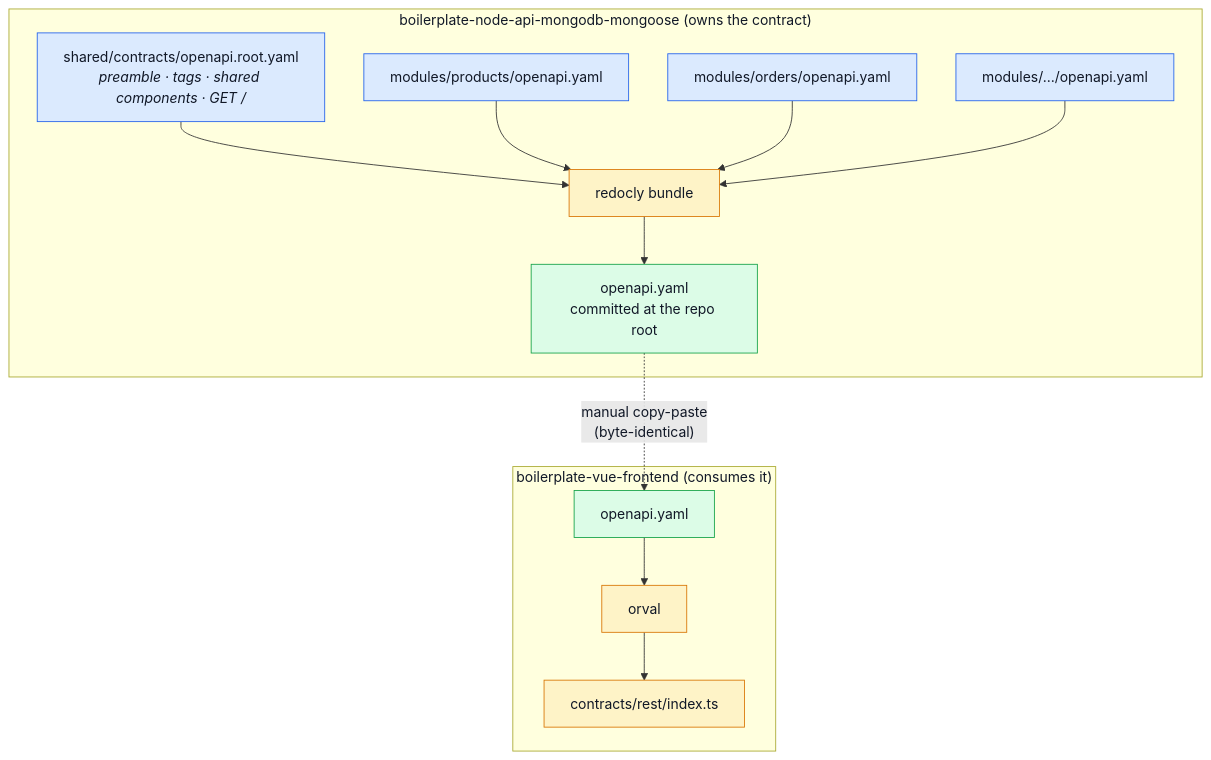
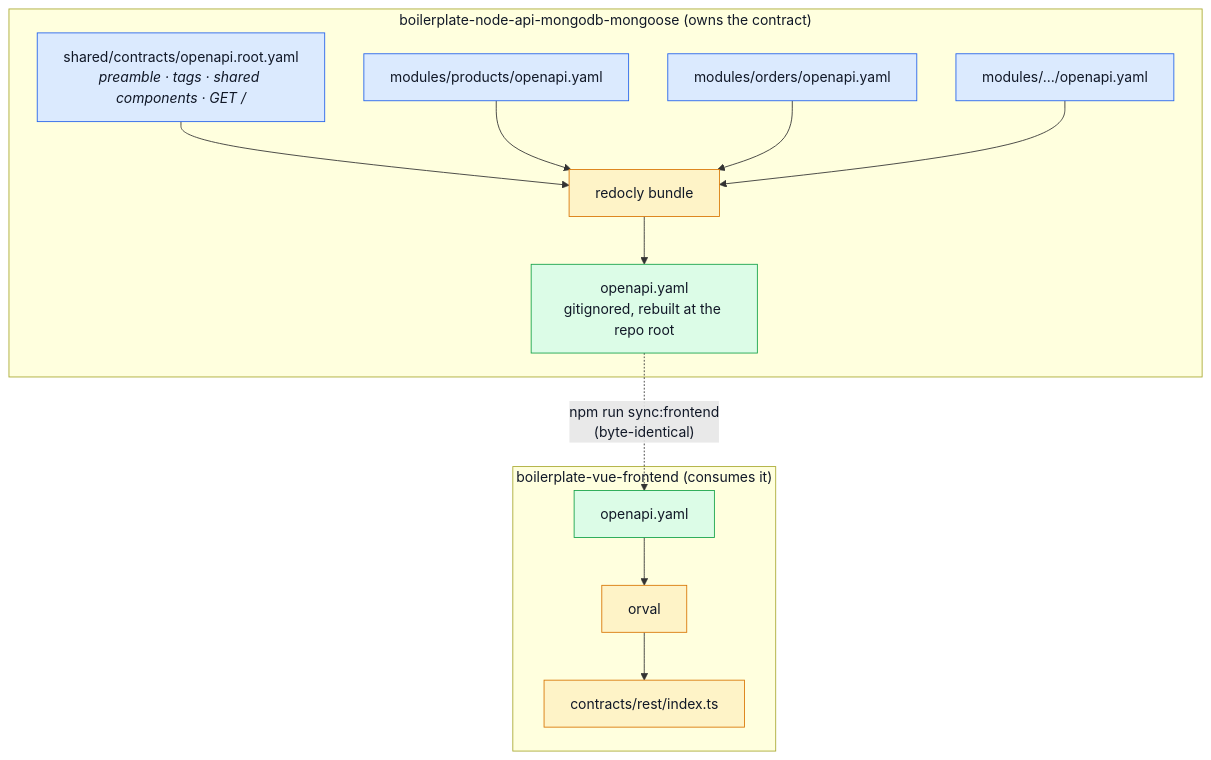
The diagram in docs/api/contract-fragmentation.md (Guebbit/boilerplate-node-backend), drawn with Mermaid before and after one commit. The commit also changed other lines of this file, not shown here.

First line of the commit message:
docs(api): fix contract-fragmentation.md against openapi.yaml's real status

````diff
--- a/docs/api/contract-fragmentation.md
+++ b/docs/api/contract-fragmentation.md
@@ -81,24 +81,24 @@
 ```mermaid
 %%{init: {'flowchart': {'nodeSpacing': 45, 'rankSpacing': 55}}}%%
 flowchart TD
     subgraph BE["boilerplate-node-api-mongodb-mongoose  (owns the contract)"]
         H["shared/contracts/openapi.root.yaml<br/><i>preamble · tags · shared components · GET /</i>"] --> B["redocly bundle"]
         F1["modules/products/openapi.yaml"] --> B
         F2["modules/orders/openapi.yaml"] --> B
         F3["modules/…/openapi.yaml"] --> B
-        B --> ROOT["openapi.yaml<br/>committed at the repo root"]
+        B --> ROOT["openapi.yaml<br/>gitignored, rebuilt at the repo root"]
     end
 
-    ROOT -.->|"manual copy-paste<br/>(byte-identical)"| FEROOT
+    ROOT -.->|"npm run sync:frontend<br/>(byte-identical)"| FEROOT
 
     subgraph FE["boilerplate-vue-frontend  (consumes it)"]
         FEROOT["openapi.yaml"] --> ORVAL[orval] --> CLIENT["contracts/rest/index.ts"]
     end
 
     classDef frag fill:#dbeafe,stroke:#2563eb,color:#111827;
     classDef root fill:#dcfce7,stroke:#16a34a,color:#111827;
     classDef tool fill:#fef3c7,stroke:#d97706,color:#111827;
     class H,F1,F2,F3 frag;
     class ROOT,FEROOT root;
     class B,ORVAL,CLIENT tool;
 ```
````
